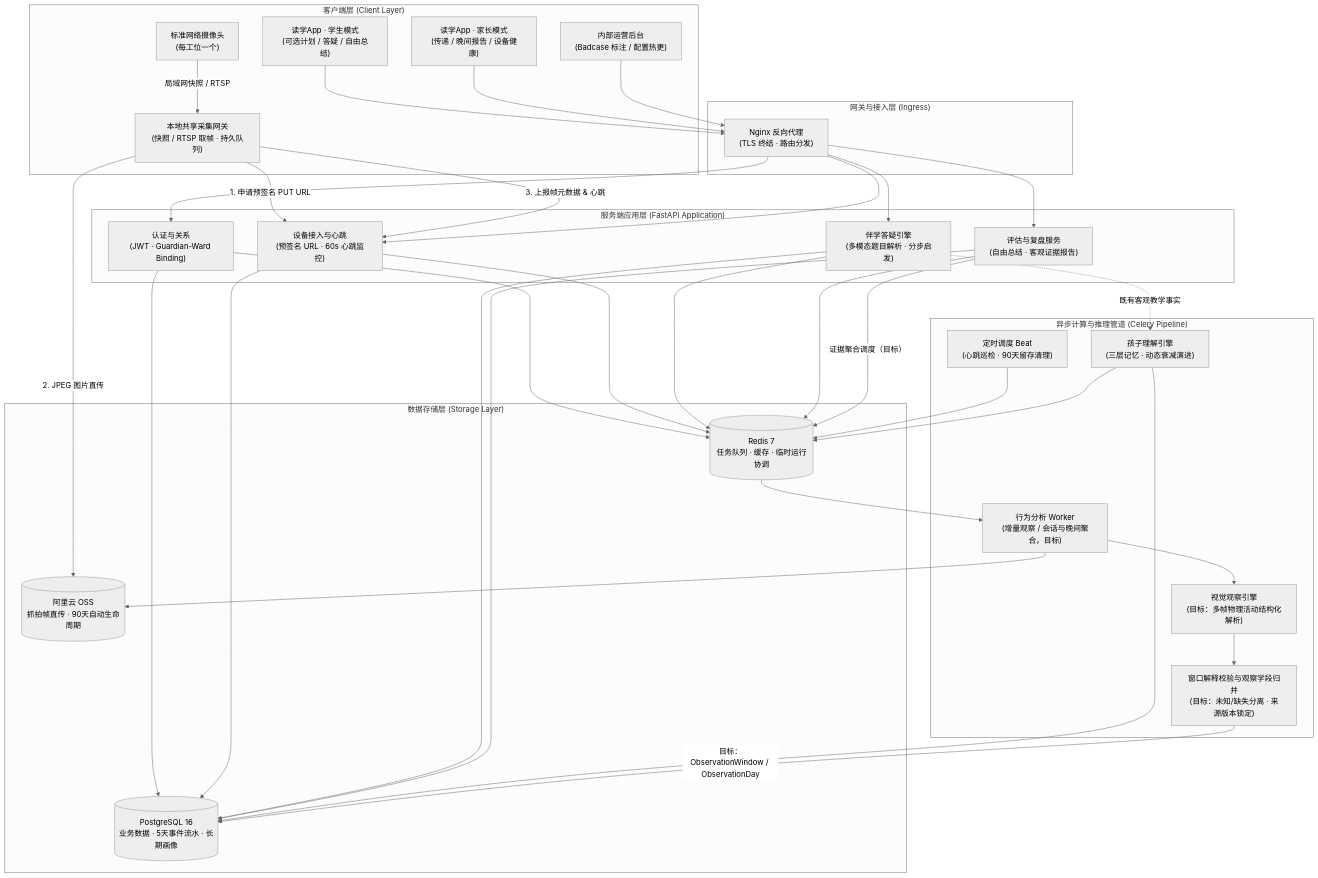
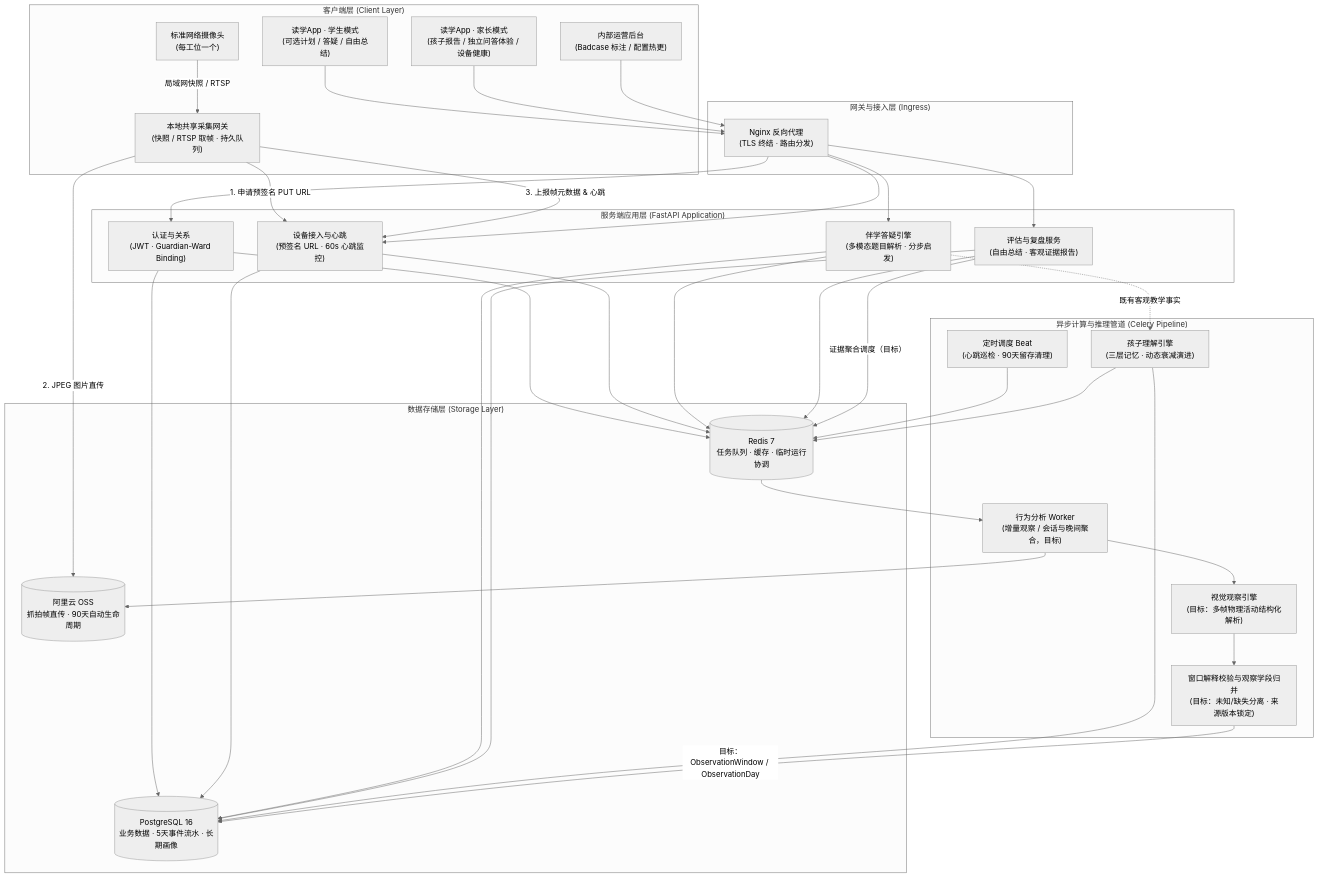
Before and after one commit to johanchow/duxue: the diagram in docs/technical/ARCHITECTURE.md, drawn with Mermaid (neutral theme). The commit also changed 27 other files, not shown here.

````diff
--- a/docs/technical/ARCHITECTURE.md
+++ b/docs/technical/ARCHITECTURE.md
@@ -36,56 +36,56 @@
 ```mermaid
 graph TB
     subgraph CLIENTS["客户端层 (Client Layer)"]
         CAM["标准网络摄像头<br/>(每工位一个)"]
         EDGE["本地共享采集网关<br/>(快照 / RTSP 取帧 · 持久队列)"]
         APP_W["读学App · 学生模式<br/>(可选计划 / 答疑 / 自由总结)"]
-        APP_G["读学App · 家长模式<br/>(传递 / 晚间报告 / 设备健康)"]
+        APP_G["读学App · 家长模式<br/>(孩子报告 / 独立问答体验 / 设备健康)"]
         ADMIN["内部运营后台<br/>(Badcase 标注 / 配置热更)"]
     end
 
     subgraph INGRESS["网关与接入层 (Ingress)"]
         NGINX["Nginx 反向代理<br/>(TLS 终结 · 路由分发)"]
     end
 
     subgraph SERVICES["服务端应用层 (FastAPI Application)"]
         API_AUTH["认证与关系<br/>(JWT · Guardian-Ward Binding)"]
         API_DEV["设备接入与心跳<br/>(预签名 URL · 60s 心跳监控)"]
         API_COMP["伴学答疑引擎<br/>(多模态题目解析 · 分步启发)"]
         API_EVAL["评估与复盘服务<br/>(自由总结 · 客观证据报告)"]
     end
 
     subgraph ASYNC_PIPELINE["异步计算与推理管道 (Celery Pipeline)"]
         WORKER_SESSION["行为分析 Worker<br/>(增量观察 / 会话与晚间聚合，目标)"]
         WORKER_BEAT["定时调度 Beat<br/>(心跳巡检 · 90天留存清理)"]
         VLM_ENGINE["视觉观察引擎<br/>(目标：多帧物理活动结构化解析)"]
         CLS_ENGINE["窗口解释校验与观察学段归并<br/>(目标：未知/缺失分离 · 来源版本锁定)"]
         MEMORY_ENGINE["孩子理解引擎<br/>(三层记忆 · 动态衰减演进)"]
     end
 
     subgraph STORAGE["数据存储层 (Storage Layer)"]
         PG[("PostgreSQL 16<br/>业务数据 · 5天事件流水 · 长期画像")]
         REDIS[("Redis 7<br/>任务队列 · 缓存 · 临时运行协调")]
         OSS[("阿里云 OSS<br/>抓拍帧直传 · 90天自动生命周期")]
     end
 
     %% 抓拍直传链路 (核心：二进制流不经 API)
     CAM -- "局域网快照 / RTSP" --> EDGE
     EDGE -- "1. 申请预签名 PUT URL" --> API_DEV
     EDGE -- "2. JPEG 图片直传" --> OSS
     EDGE -- "3. 上报帧元数据 & 心跳" --> API_DEV
 
     %% 交互链路
     APP_W & APP_G & ADMIN --> NGINX --> API_AUTH & API_DEV & API_COMP & API_EVAL
 
     %% 服务端内部数据流
     API_AUTH & API_DEV & API_COMP & API_EVAL --> PG & REDIS
     API_EVAL -- "证据聚合调度（目标）" --> REDIS --> WORKER_SESSION
     WORKER_BEAT --> REDIS
 
     %% 异步分析流水线
     WORKER_SESSION --> OSS
     WORKER_SESSION --> VLM_ENGINE --> CLS_ENGINE
     API_COMP -.->|既有客观教学事实| MEMORY_ENGINE
     MEMORY_ENGINE --> PG & REDIS
     CLS_ENGINE -- "目标：ObservationWindow / ObservationDay" --> PG
 ```
````
